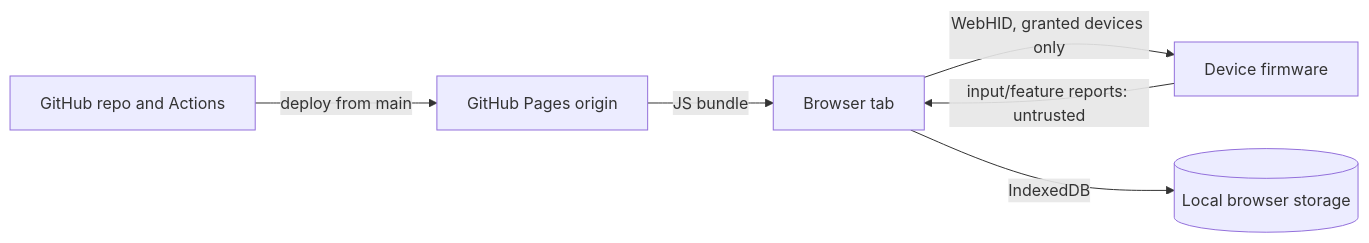
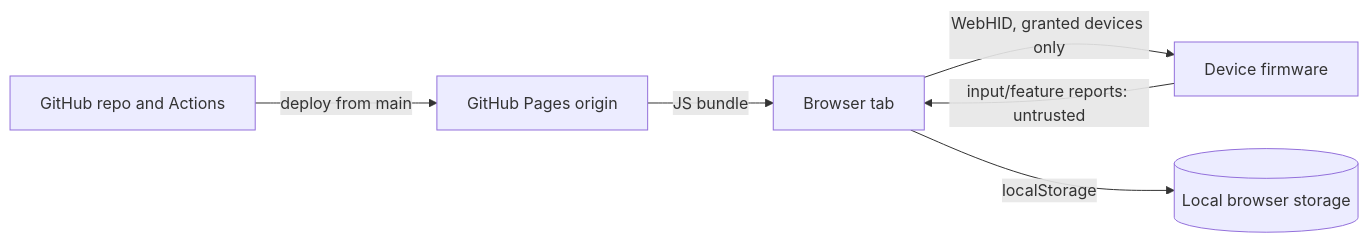
Before and after one commit to E1yWrites/udb: the diagram in THREAT_MODEL.md, drawn with Mermaid. The commit also changed other lines of this file and 10 other files, not shown here.

````diff
--- a/THREAT_MODEL.md
+++ b/THREAT_MODEL.md
@@ -21,8 +21,8 @@
 ```mermaid
 flowchart LR
   GH[GitHub repo and Actions] -->|deploy from main| PAGES[GitHub Pages origin]
   PAGES -->|JS bundle| TAB[Browser tab]
   TAB -->|WebHID, granted devices only| DEV[Device firmware]
   DEV -->|input/feature reports: untrusted| TAB
-  TAB -->|IndexedDB| STORE[(Local browser storage)]
+  TAB -->|localStorage| STORE[(Local browser storage)]
 ```
````
